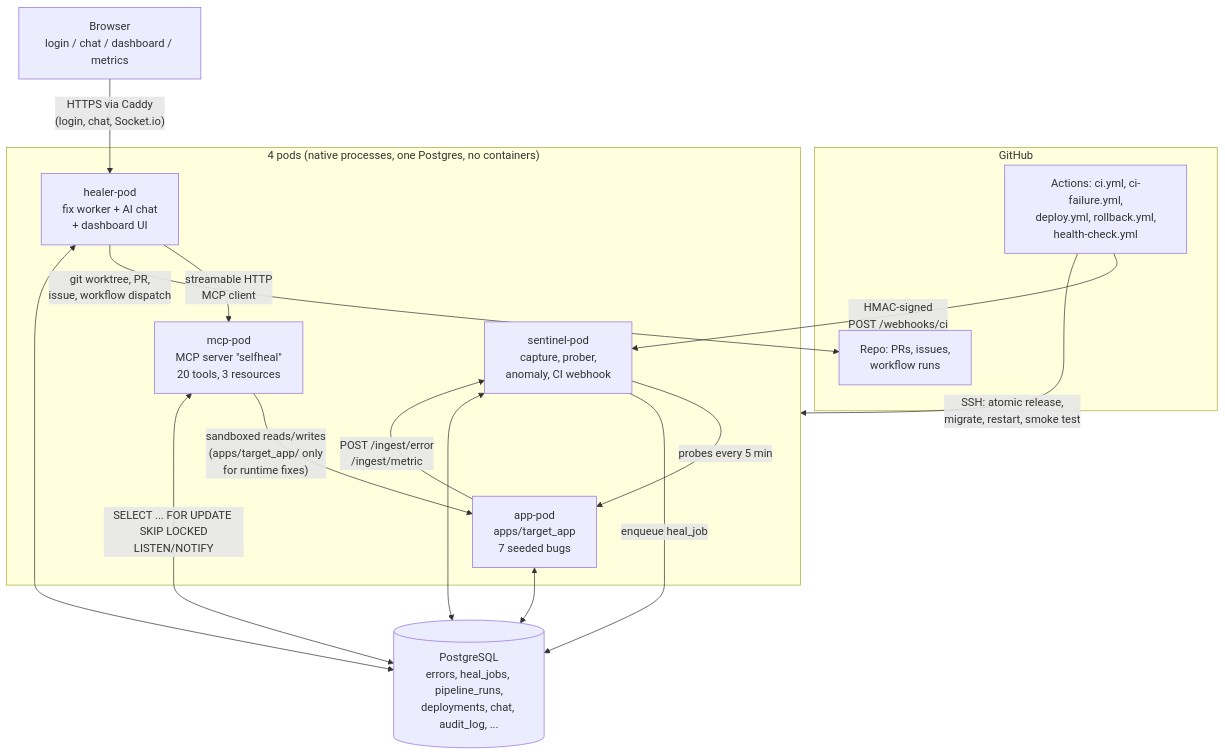
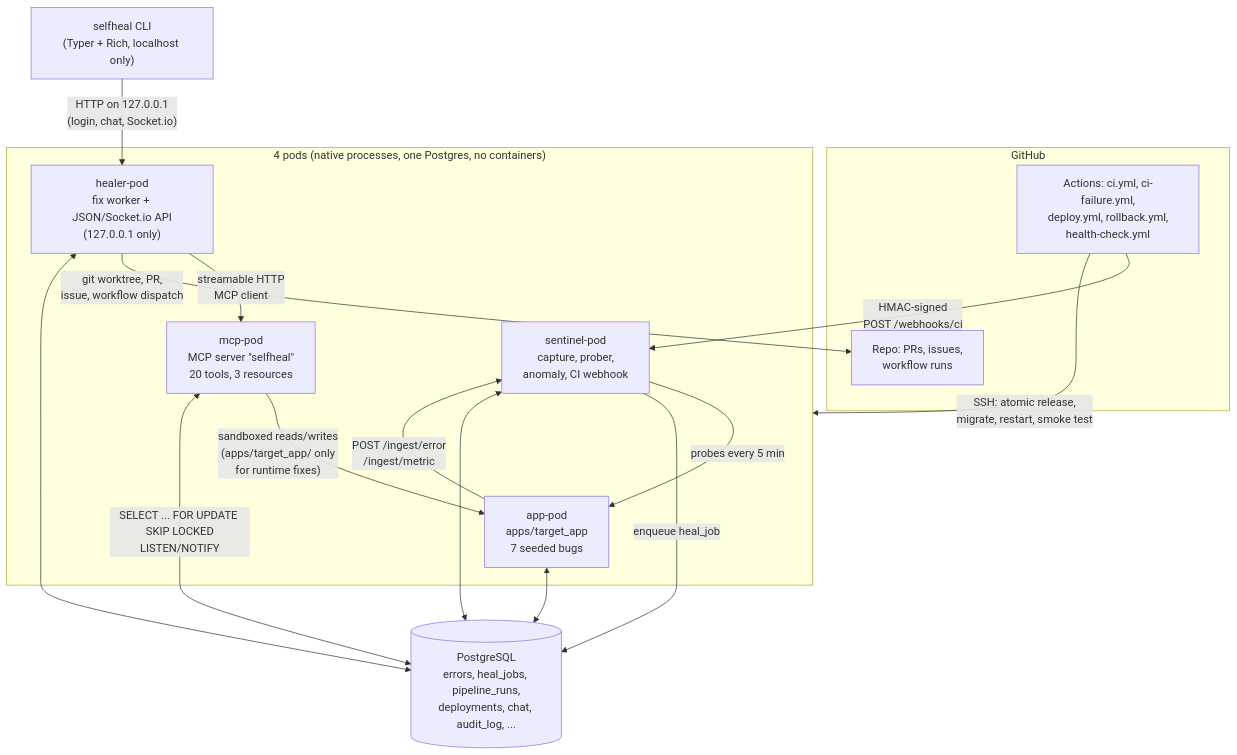
The diagram in README.md (Deepak20466/ai-self-healing-app), drawn with Mermaid before and after one commit. The commit also changed other lines of this file and 20 other files, not shown here.

````diff
--- a/README.md
+++ b/README.md
@@ -74,32 +46,32 @@
 ```mermaid
 flowchart TB
     subgraph GitHub["GitHub"]
         Actions["Actions: ci.yml, ci-failure.yml,<br/>deploy.yml, rollback.yml,<br/>health-check.yml"]
         Repo["Repo: PRs, issues,<br/>workflow runs"]
     end
 
     subgraph Pods["4 pods (native processes, one Postgres, no containers)"]
         App["app-pod<br/>apps/target_app<br/>7 seeded bugs"]
         Sentinel["sentinel-pod<br/>capture, prober,<br/>anomaly, CI webhook"]
         MCP["mcp-pod<br/>MCP server #quot;selfheal#quot;<br/>20 tools, 3 resources"]
-        Healer["healer-pod<br/>fix worker + AI chat<br/>+ dashboard UI"]
+        Healer["healer-pod<br/>fix worker + JSON/Socket.io API<br/>(127.0.0.1 only)"]
     end
 
     DB[("PostgreSQL<br/>errors, heal_jobs, pipeline_runs,<br/>deployments, chat, audit_log, ...")]
 
-    User["Browser<br/>login / chat / dashboard / metrics"]
+    User["selfheal CLI<br/>(Typer + Rich, localhost only)"]
 
     App -- "POST /ingest/error<br/>/ingest/metric" --> Sentinel
     Sentinel -- "probes every 5 min" --> App
     Sentinel -- enqueue heal_job --> DB
     MCP -- "sandboxed reads/writes<br/>(apps/target_app/ only<br/>for runtime fixes)" --> App
     MCP <-- "SELECT ... FOR UPDATE SKIP LOCKED<br/>LISTEN/NOTIFY" --> DB
     Healer -- "streamable HTTP<br/>MCP client" --> MCP
     Healer -- "git worktree, PR,<br/>issue, workflow dispatch" --> Repo
     Actions -- "HMAC-signed<br/>POST /webhooks/ci" --> Sentinel
     Actions -- "SSH: atomic release,<br/>migrate, restart, smoke test" --> Pods
-    User -- "HTTPS via Caddy<br/>(login, chat, Socket.io)" --> Healer
+    User -- "HTTP on 127.0.0.1<br/>(login, chat, Socket.io)" --> Healer
     Healer <--> DB
     Sentinel <--> DB
     App <--> DB
 ```
````
